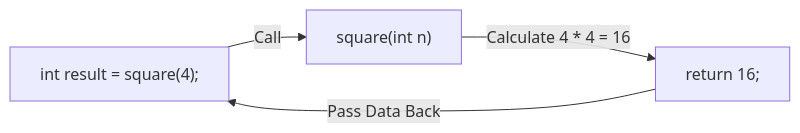
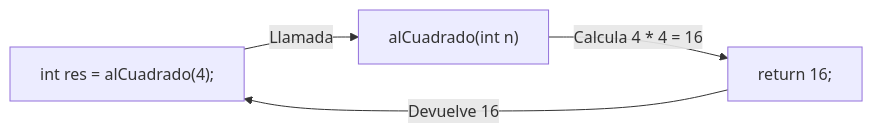
The diagram in 03_Subroutines/theory/L24_ReturnValues.md (MiniLux0/LearningCpp), drawn with Mermaid before and after one commit. The commit also changed other lines of this file and 97 other files, not shown here.

````diff
--- a/03_Subroutines/theory/L24_ReturnValues.md
+++ b/03_Subroutines/theory/L24_ReturnValues.md
@@ -29,6 +30,6 @@
 ```mermaid
 graph LR
-    Caller["int result = square(4);"] -->|Call| Func["square(int n)"]
-    Func -->|Calculate 4 * 4 = 16| Ret["return 16;"]
-    Ret -->|Pass Data Back| Caller
+    Caller["int res = alCuadrado(4);"] -->|Llamada| Func["alCuadrado(int n)"]
+    Func -->|Calcula 4 * 4 = 16| Ret["return 16;"]
+    Ret -->|Devuelve 16| Caller
 ```
````
